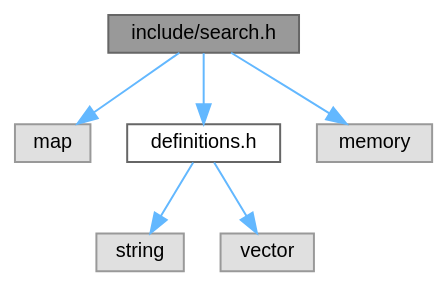
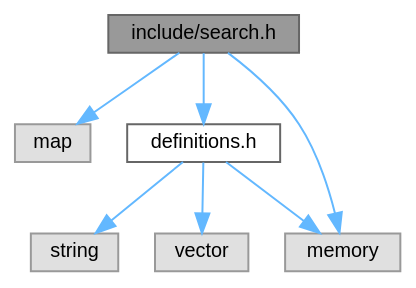
The diagram in search_8h__incl.dot (velocitatem/Symphony), drawn with Graphviz before and after one commit. The commit also changed 67 other files, not shown here.

```diff
--- a/search_8h__incl.dot
+++ b/search_8h__incl.dot
@@ -1,19 +1,20 @@
 digraph "include/search.h"
 {
  // INTERACTIVE_SVG=YES
  // LATEX_PDF_SIZE
   bgcolor="transparent";
   edge [fontname=Helvetica,fontsize=10,labelfontname=Helvetica,labelfontsize=10];
   node [fontname=Helvetica,fontsize=10,shape=box,height=0.2,width=0.4];
   Node1 [id="Node000001",label="include/search.h",height=0.2,width=0.4,color="gray40", fillcolor="grey60", style="filled", fontcolor="black",tooltip=" "];
   Node1 -> Node2 [id="edge1_Node000001_Node000002",color="steelblue1",style="solid",tooltip=" "];
   Node2 [id="Node000002",label="map",height=0.2,width=0.4,color="grey60", fillcolor="#E0E0E0", style="filled",tooltip=" "];
   Node1 -> Node3 [id="edge2_Node000001_Node000003",color="steelblue1",style="solid",tooltip=" "];
   Node3 [id="Node000003",label="definitions.h",height=0.2,width=0.4,color="grey40", fillcolor="white", style="filled",URL="$definitions_8h.html",tooltip="Abstract classes for states, actions, and problems that need to be implemented by the user."];
   Node3 -> Node4 [id="edge3_Node000003_Node000004",color="steelblue1",style="solid",tooltip=" "];
   Node4 [id="Node000004",label="string",height=0.2,width=0.4,color="grey60", fillcolor="#E0E0E0", style="filled",tooltip=" "];
   Node3 -> Node5 [id="edge4_Node000003_Node000005",color="steelblue1",style="solid",tooltip=" "];
   Node5 [id="Node000005",label="vector",height=0.2,width=0.4,color="grey60", fillcolor="#E0E0E0", style="filled",tooltip=" "];
-  Node1 -> Node6 [id="edge5_Node000001_Node000006",color="steelblue1",style="solid",tooltip=" "];
+  Node3 -> Node6 [id="edge5_Node000003_Node000006",color="steelblue1",style="solid",tooltip=" "];
   Node6 [id="Node000006",label="memory",height=0.2,width=0.4,color="grey60", fillcolor="#E0E0E0", style="filled",tooltip=" "];
+  Node1 -> Node6 [id="edge6_Node000001_Node000006",color="steelblue1",style="solid",tooltip=" "];
 }
```
